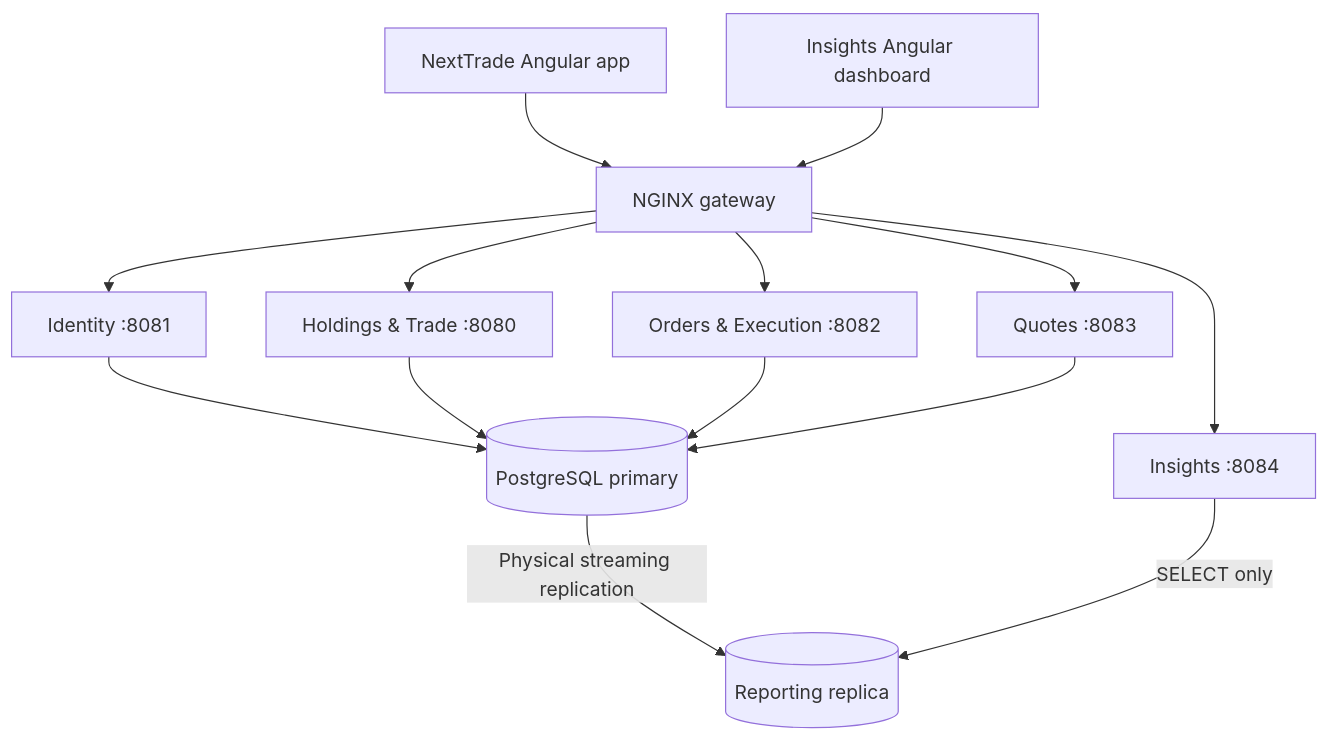
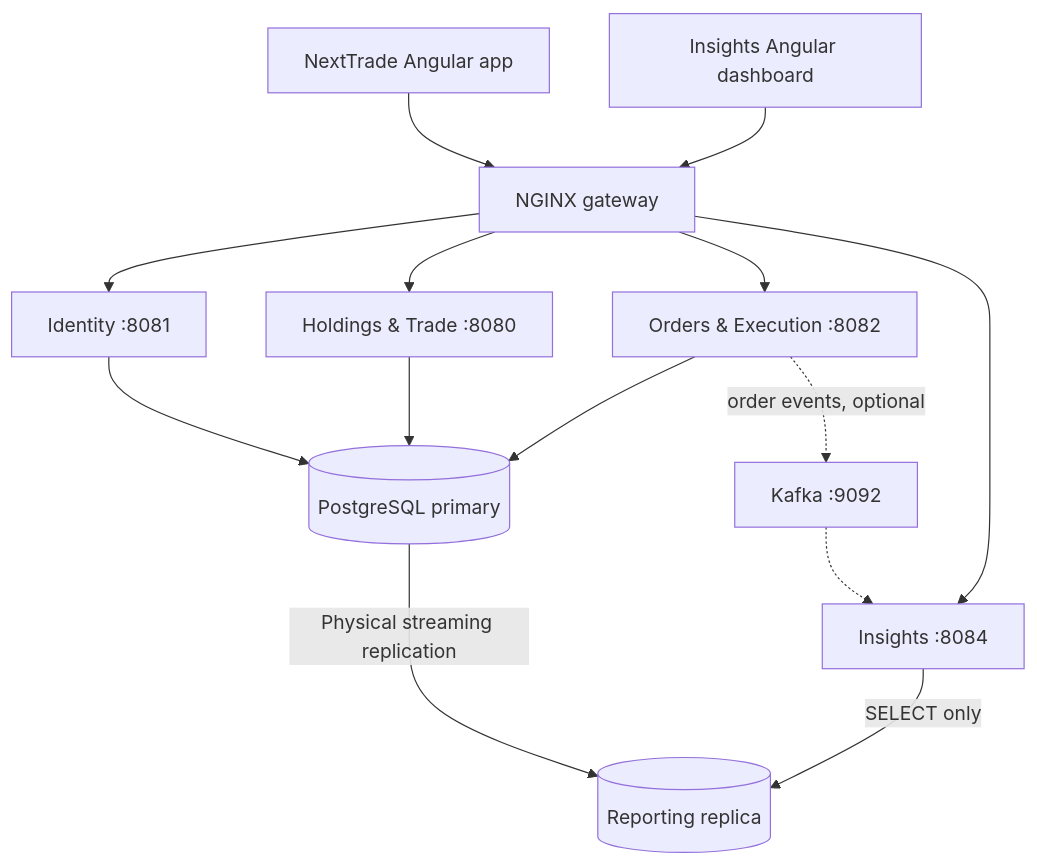
One commit to juliawiecek/lil-leap changed the diagram in docs/architecture/service-boundaries.md. Above: the diagram before and after it, drawn with Mermaid. The commit also changed other lines of this file and 83 other files, not shown here.

````diff
--- a/docs/architecture/service-boundaries.md
+++ b/docs/architecture/service-boundaries.md
@@ -15,16 +15,16 @@
 ```mermaid
 flowchart TD
   Trading[NextTrade Angular app] --> Gateway[NGINX gateway]
   Dashboard[Insights Angular dashboard] --> Gateway
   Gateway --> Identity[Identity :8081]
   Gateway --> Holdings[Holdings & Trade :8080]
   Gateway --> Orders[Orders & Execution :8082]
-  Gateway --> Quotes[Quotes :8083]
   Gateway --> Insights[Insights :8084]
   Identity --> Primary[(PostgreSQL primary)]
   Holdings --> Primary
   Orders --> Primary
-  Quotes --> Primary
+  Orders -.->|order events, optional| Kafka[Kafka :9092]
+  Kafka -.-> Insights
   Primary -->|Physical streaming replication| Replica[(Reporting replica)]
   Insights -->|SELECT only| Replica
 ```
````
